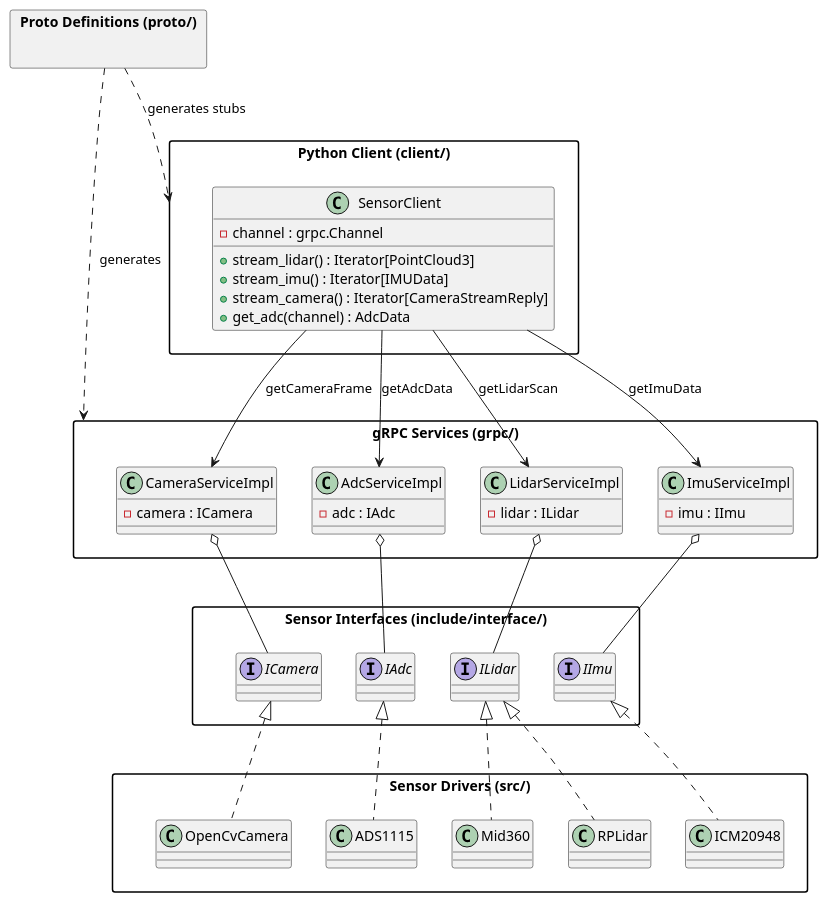
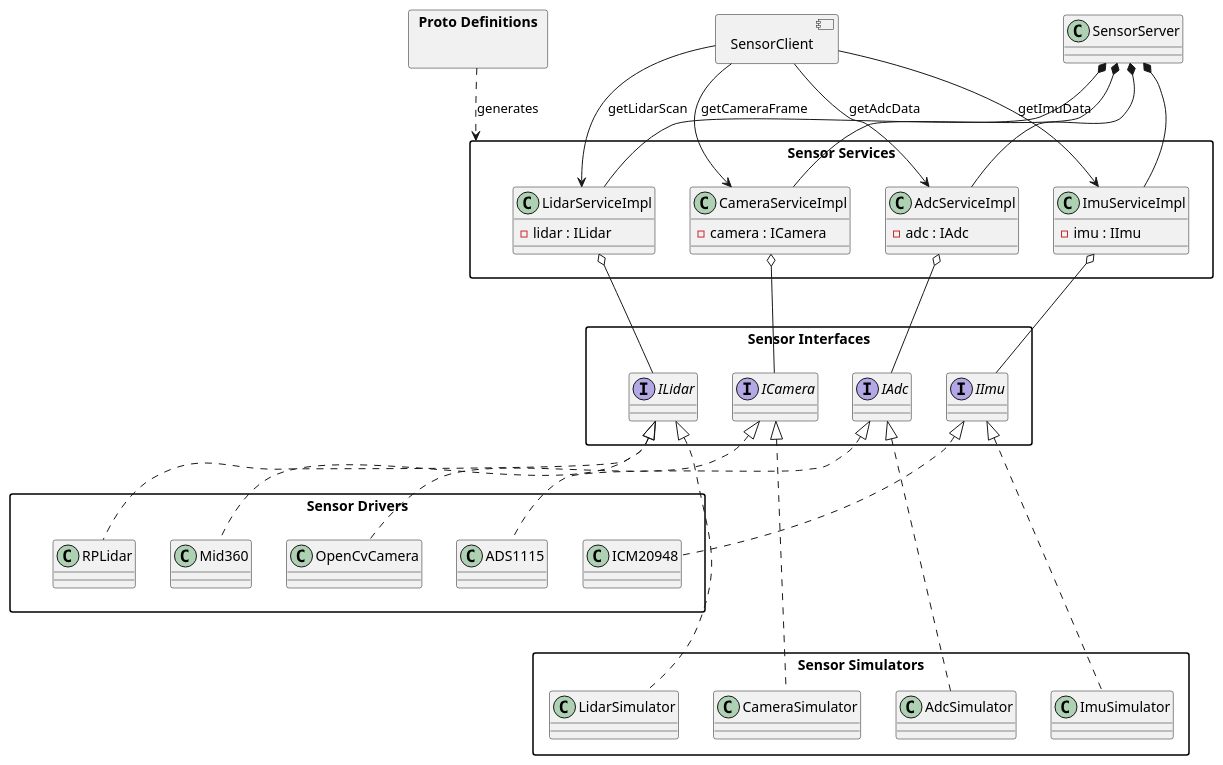
One commit to Marcus-Forte/msensor changed the diagram in docs/arch.puml. Above: the diagram before and after it, drawn with PlantUML. The commit also changed 2 other files, not shown here.

```diff
--- a/docs/arch.puml
+++ b/docs/arch.puml
@@ -1,78 +1,85 @@
 @startuml Architecture
 
 skinparam packageStyle rectangle
+allowmixing
 
-package "Proto Definitions (proto/)" as P {
+package "Proto Definitions" as Proto {
 }
 
-package "gRPC Services (grpc/)" as S {
+class SensorServer 
+package "Sensor Services" as SSensor {
+
     class LidarServiceImpl {
         -lidar : ILidar
     }
     class ImuServiceImpl {
         -imu : IImu
     }
     class CameraServiceImpl {
         -camera : ICamera
     }
     class AdcServiceImpl {
         -adc : IAdc
     }
+
+    SensorServer *-- LidarServiceImpl
+    SensorServer *-- ImuServiceImpl
+    SensorServer *-- CameraServiceImpl
+    SensorServer *-- AdcServiceImpl
+
 }
 
-package "Python Client (client/)" as C {
-    class SensorClient {
-        -channel : grpc.Channel
-        +stream_lidar() : Iterator[PointCloud3]
-        +stream_imu() : Iterator[IMUData]
-        +stream_camera() : Iterator[CameraStreamReply]
-        +get_adc(channel) : AdcData
-    }
-}
-
-' Keep client beside services
-S -right[hidden]- C
-
-package "Sensor Interfaces (include/interface/)" as I {
+package "Sensor Interfaces" as ISensor {
     interface ILidar
     interface IImu
     interface ICamera
     interface IAdc
 }
 
-package "Sensor Drivers (src/)" as D {
+package "Sensor Drivers" as Sensor {
     class RPLidar
     class Mid360
     class ICM20948
     class OpenCvCamera
     class ADS1115
 }
 
+package "Sensor Simulators" as SimSensor {
+    class LidarSimulator
+    class ImuSimulator
+    class CameraSimulator
+    class AdcSimulator
+}
+
 ' Proto generates services
-P ..> S : generates
+Proto ..> SSensor : generates
 
 ' Services depend on Interfaces (dependency injection)
 LidarServiceImpl o-- ILidar
 ImuServiceImpl o-- IImu
 CameraServiceImpl o-- ICamera
 AdcServiceImpl o-- IAdc
 
 ' Force Drivers below Interfaces
-I -down[hidden]- D
+ISensor -down[hidden]- Sensor
 
 ' Drivers implement Interfaces
 RPLidar .up.|> ILidar
 Mid360 .up.|> ILidar
 ICM20948 .up.|> IImu
 OpenCvCamera .up.|> ICamera
 ADS1115 .up.|> IAdc
 
-' Proto generates client stubs used by the Python client
-P ..> C : generates stubs
+' Simulators also implement Interfaces
+LidarSimulator .up..|> ILidar
+ImuSimulator .up..|> IImu
+CameraSimulator .up..|> ICamera
+AdcSimulator .up..|> IAdc
 
+component SensorClient
 ' Client calls gRPC services
 SensorClient --> LidarServiceImpl : getLidarScan
 SensorClient --> ImuServiceImpl : getImuData
 SensorClient --> CameraServiceImpl : getCameraFrame
 SensorClient --> AdcServiceImpl : getAdcData
 @enduml
```
